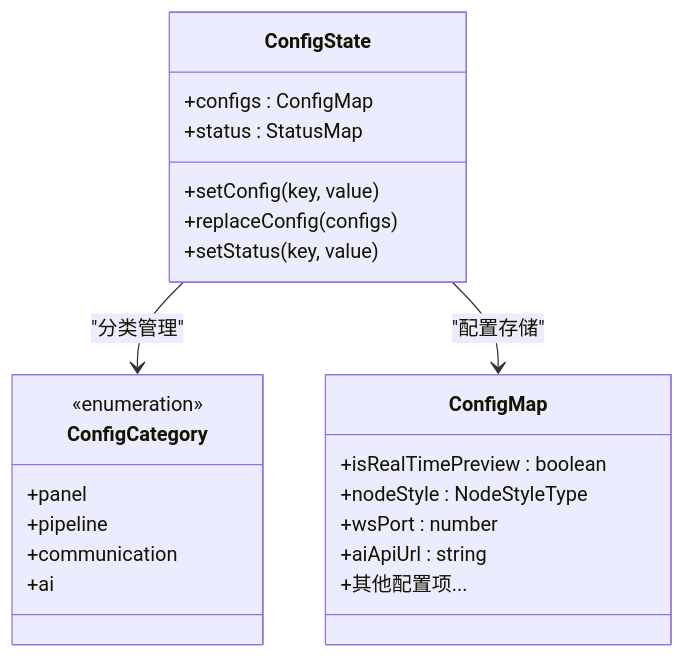
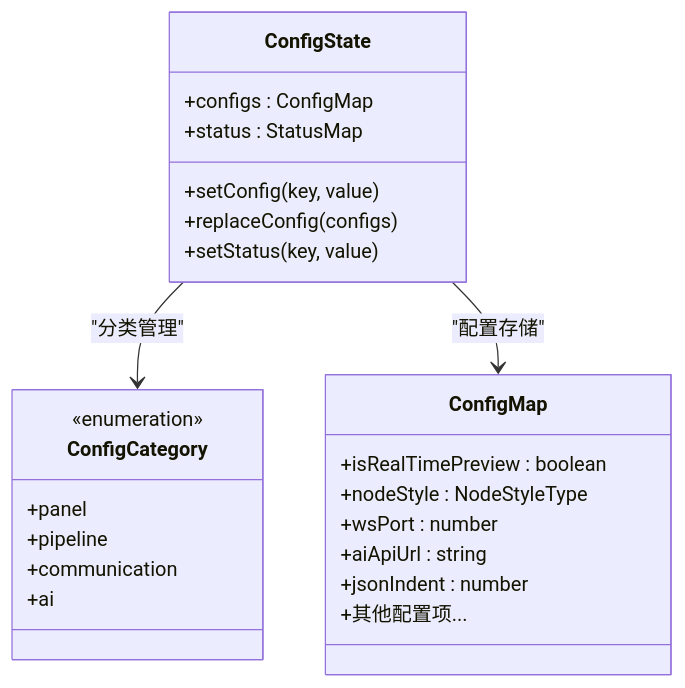
One commit to kqcoxn/MaaPipelineEditor changed the second of 15 diagrams in .qoder/repowiki/zh/content/Config Store.md. Above: the diagram before and after it, drawn with Mermaid. The commit also changed other lines of this file and 16 other files, not shown here.

````diff
--- a/.qoder/repowiki/zh/content/Config Store.md
+++ b/.qoder/repowiki/zh/content/Config Store.md
@@ -82,26 +116,27 @@
 ```mermaid
 classDiagram
 class ConfigCategory {
 <<enumeration>>
 +panel
 +pipeline
 +communication
 +ai
 }
 class ConfigState {
 +configs : ConfigMap
 +status : StatusMap
 +setConfig(key, value)
 +replaceConfig(configs)
 +setStatus(key, value)
 }
 class ConfigMap {
 +isRealTimePreview : boolean
 +nodeStyle : NodeStyleType
 +wsPort : number
 +aiApiUrl : string
++jsonIndent : number
 +其他配置项...
 }
 ConfigState --> ConfigCategory : "分类管理"
 ConfigState --> ConfigMap : "配置存储"
 ```
````
